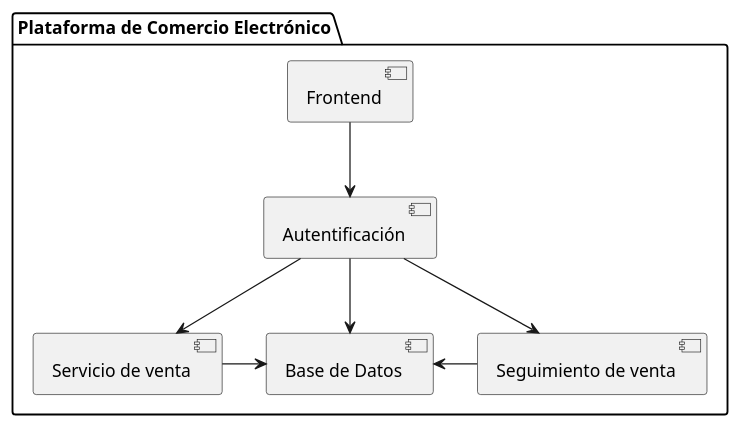
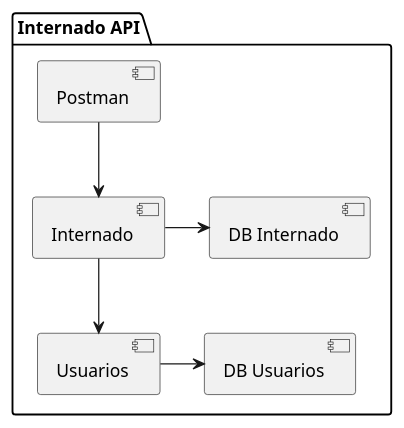
One commit to FridaLuz22/InternadoApi changed the diagram in arquitectura.plantuml. Above: the diagram before and after it, drawn with PlantUML. The commit also changed 1 other file, not shown here.

```diff
--- a/arquitectura.plantuml
+++ b/arquitectura.plantuml
@@ -1,14 +1,12 @@
 @startuml Ecommerce
 
-package "Plataforma de Comercio Electrónico" {
 
-    [Frontend] -down-> [Autentificación]
-    [Autentificación] -down-> [Servicio de venta]
-    [Autentificación] -down-> [Seguimiento de venta]
+package "Internado API" {
 
-    [Autentificación] -down-> [Base de Datos]
-    [Servicio de venta] -right-> [Base de Datos]
-    [Seguimiento de venta] -left-> [Base de Datos]
+    [Postman] -down-> [Internado]
+    [Internado] -right-> [DB Internado]
+    [Internado] -down-> [Usuarios]
+    [Usuarios] -right-> [DB Usuarios]
 }
 
 @enduml
```
